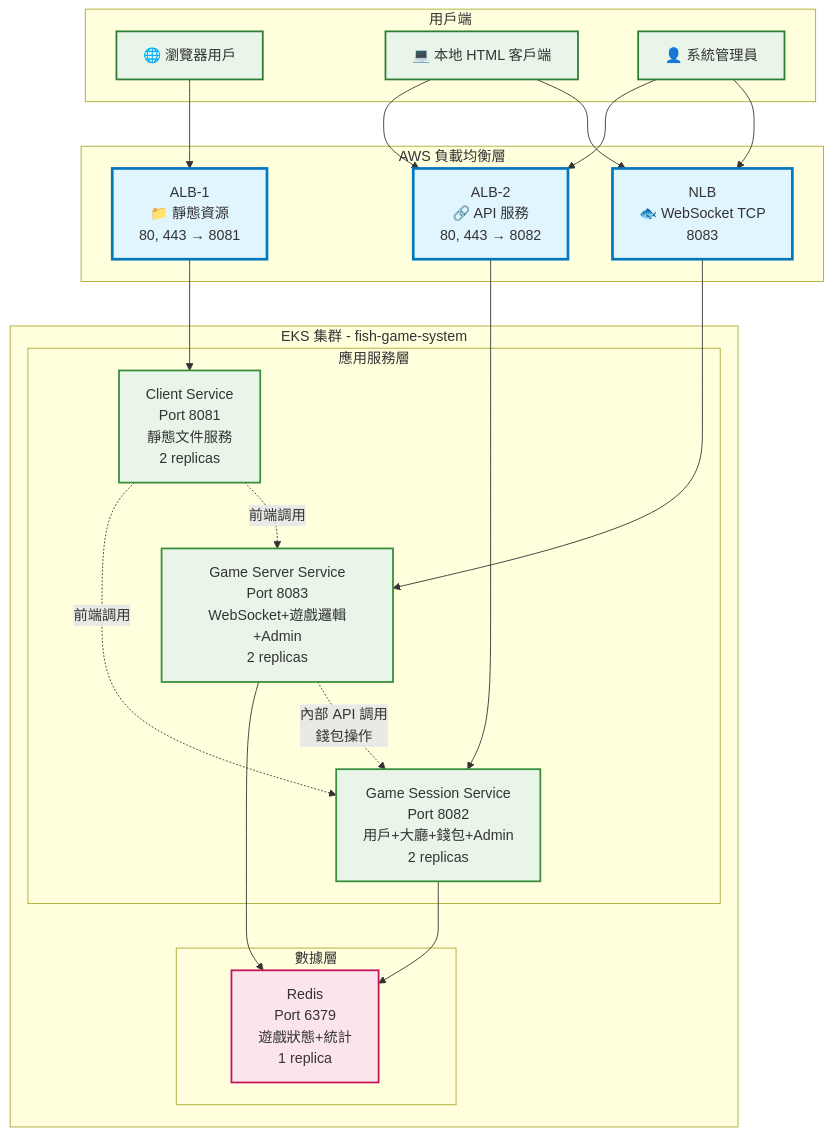
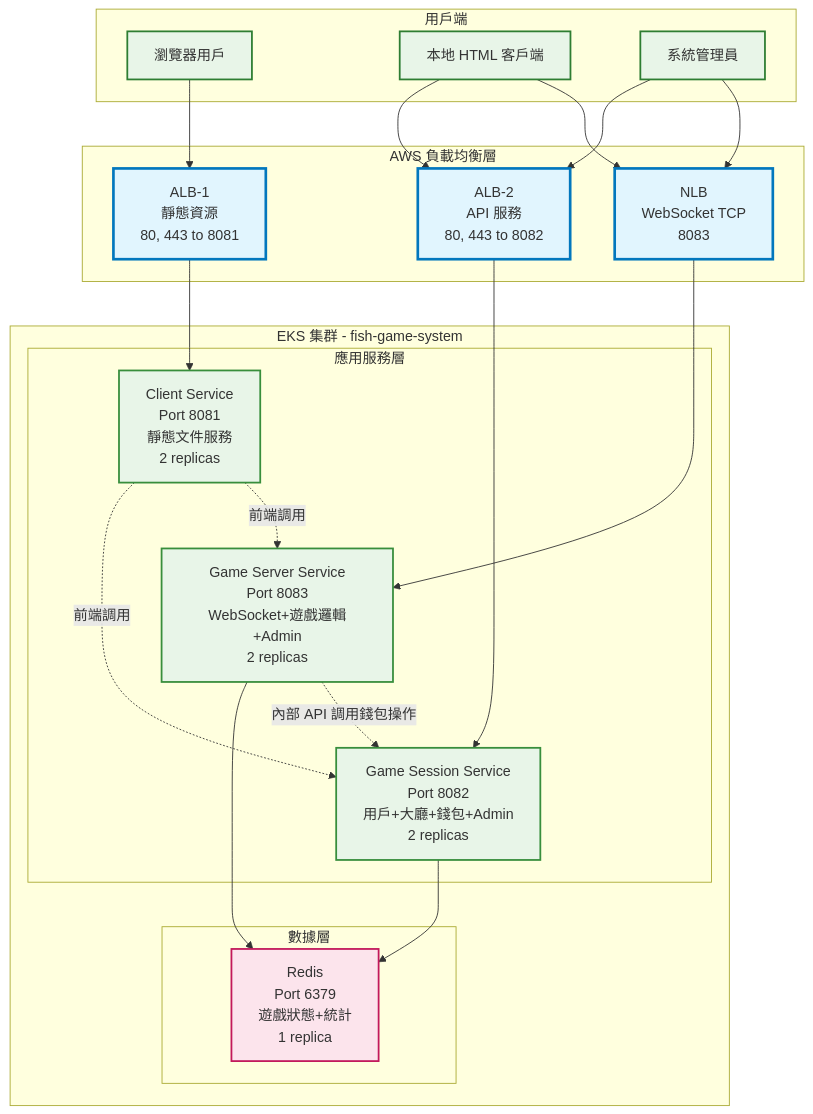
The diagram in README.md (hoycdanny/fish-machine-workshop), drawn with Mermaid before and after one commit. The commit also changed 4 other files, not shown here.

````diff
--- a/README.md
+++ b/README.md
@@ -47,53 +47,53 @@
 ```mermaid
 graph TB
     subgraph "用戶端"
-        Browser["🌐 瀏覽器用戶"]
-        LocalHTML["💻 本地 HTML 客戶端"]
-        Admin["👤 系統管理員"]
+        Browser["瀏覽器用戶"]
+        LocalHTML["本地 HTML 客戶端"]
+        Admin["系統管理員"]
     end
     
     subgraph "AWS 負載均衡層"
-        ALB1["ALB-1<br/>📁 靜態資源<br/>80, 443 → 8081"]
-        ALB2["ALB-2<br/>🔗 API 服務<br/>80, 443 → 8082"]
-        NLB["NLB<br/>🐟 WebSocket TCP<br/>8083"]
+        ALB1["ALB-1<br/>靜態資源<br/>80, 443 to 8081"]
+        ALB2["ALB-2<br/>API 服務<br/>80, 443 to 8082"]
+        NLB["NLB<br/>WebSocket TCP<br/>8083"]
     end
     
     subgraph "EKS 集群 - fish-game-system"
         subgraph "應用服務層"
             ClientSvc["Client Service<br/>Port 8081<br/>靜態文件服務<br/>2 replicas"]
             SessionSvc["Game Session Service<br/>Port 8082<br/>用戶+大廳+錢包+Admin<br/>2 replicas"]
             ServerSvc["Game Server Service<br/>Port 8083<br/>WebSocket+遊戲邏輯+Admin<br/>2 replicas"]
         end
         
         subgraph "數據層"
             Redis["Redis<br/>Port 6379<br/>遊戲狀態+統計<br/>1 replica"]
         end
     end
     
     Browser --> ALB1
     LocalHTML --> ALB2
     LocalHTML --> NLB
     Admin --> ALB2
     Admin --> NLB
     
     ALB1 --> ClientSvc
     ALB2 --> SessionSvc
     NLB --> ServerSvc
     
     ClientSvc -.->|前端調用| SessionSvc
     ClientSvc -.->|前端調用| ServerSvc
     
     SessionSvc --> Redis
     ServerSvc --> Redis
-    ServerSvc -.->|內部 API 調用<br/>錢包操作| SessionSvc
+    ServerSvc -.->|內部 API 調用錢包操作| SessionSvc
     
     classDef clientStyle fill:#e8f5e8,stroke:#2e7d32,stroke-width:2px
     classDef lbStyle fill:#e1f5fe,stroke:#0277bd,stroke-width:3px
     classDef serviceStyle fill:#e8f5e8,stroke:#388e3c,stroke-width:2px
     classDef dataStyle fill:#fce4ec,stroke:#c2185b,stroke-width:2px
     
     class Browser,LocalHTML,Admin clientStyle
     class ALB1,ALB2,NLB lbStyle
     class ClientSvc,SessionSvc,ServerSvc serviceStyle
     class Redis dataStyle
 ```
````
